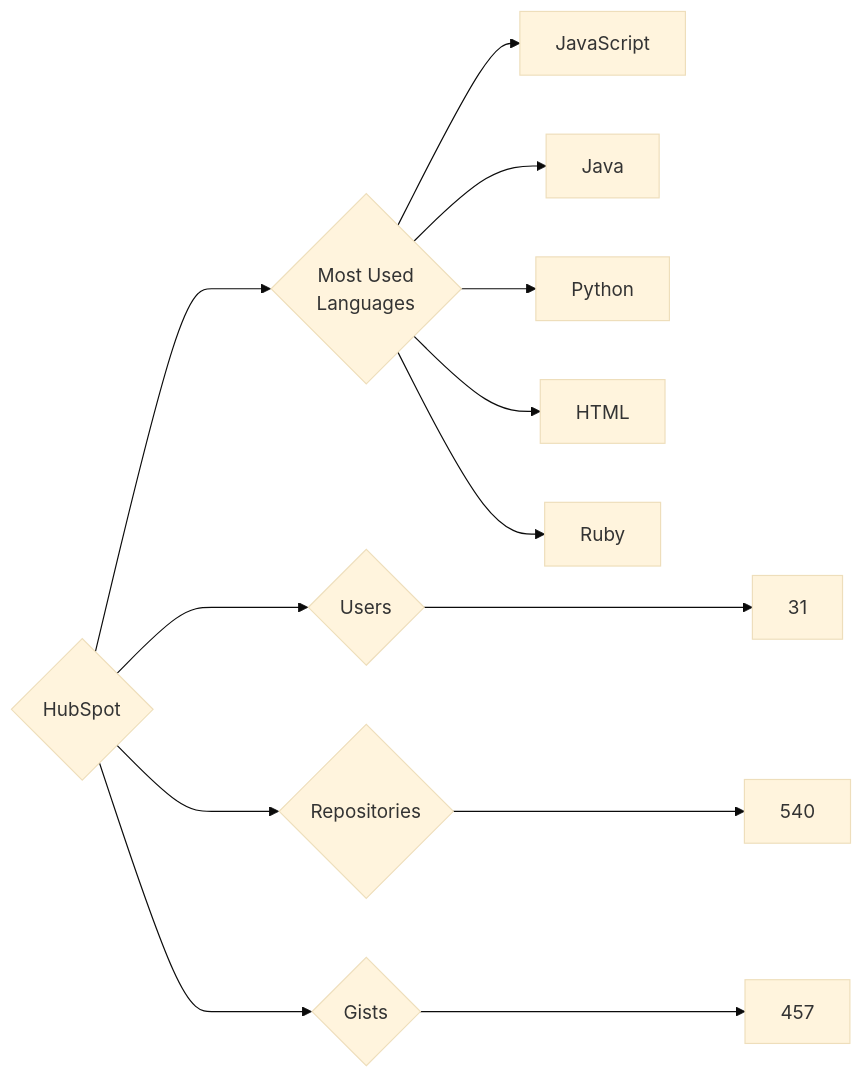
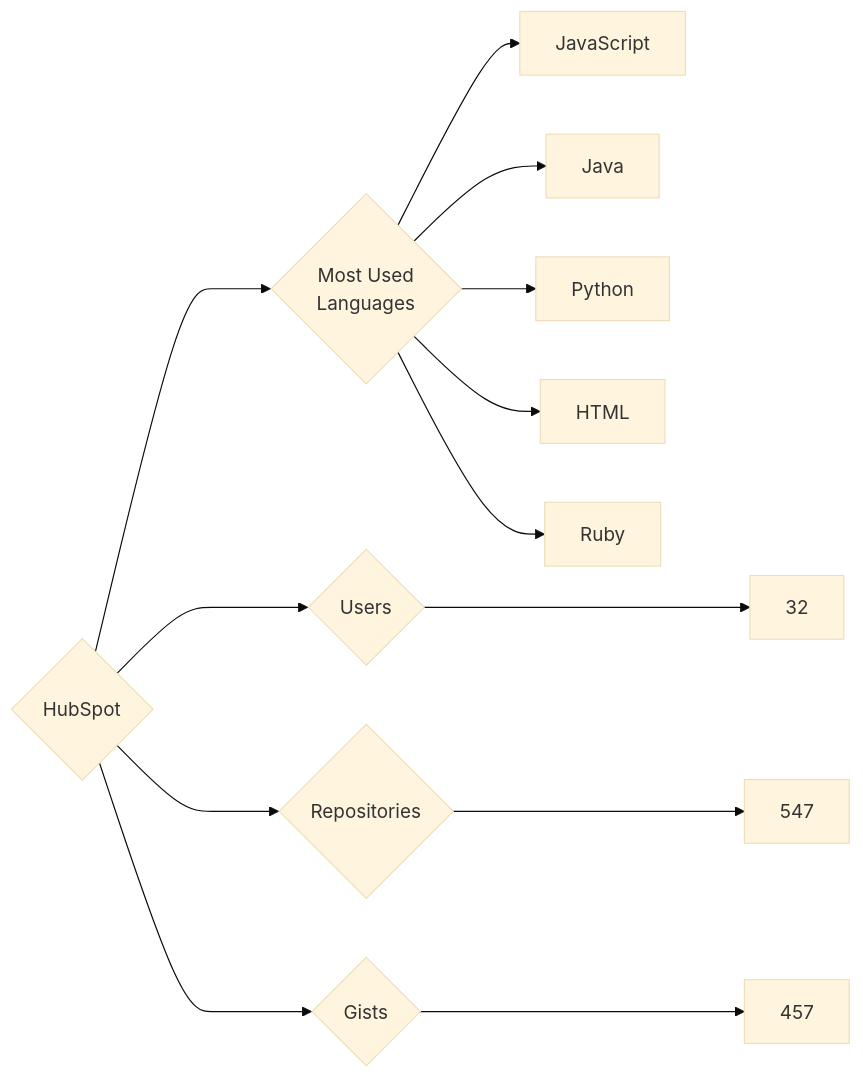
One commit to trickest/insiders changed the diagram in targets/HubSpot/README.md. Above: the diagram before and after it, drawn with Mermaid (base theme). The commit also changed 1030 other files, not shown here.

````diff
--- a/targets/HubSpot/README.md
+++ b/targets/HubSpot/README.md
@@ -3,13 +3,13 @@
 ```mermaid
 graph LR
 COMPANY_NAME{HubSpot}
-COMPANY_NAME ---> U{Users} ---> UN[31]
-COMPANY_NAME ---> R{Repositories} ---> RN[540]
+COMPANY_NAME ---> U{Users} ---> UN[32]
+COMPANY_NAME ---> R{Repositories} ---> RN[547]
 COMPANY_NAME ---> G{Gists} ---> GN[457]
 COMPANY_NAME ---> ML{Most Used<br>Languages}
 ML --> JavaScript[JavaScript]
 ML --> Java[Java]
 ML --> Python[Python]
 ML --> HTML[HTML]
 ML --> Ruby[Ruby]
 ```
````
